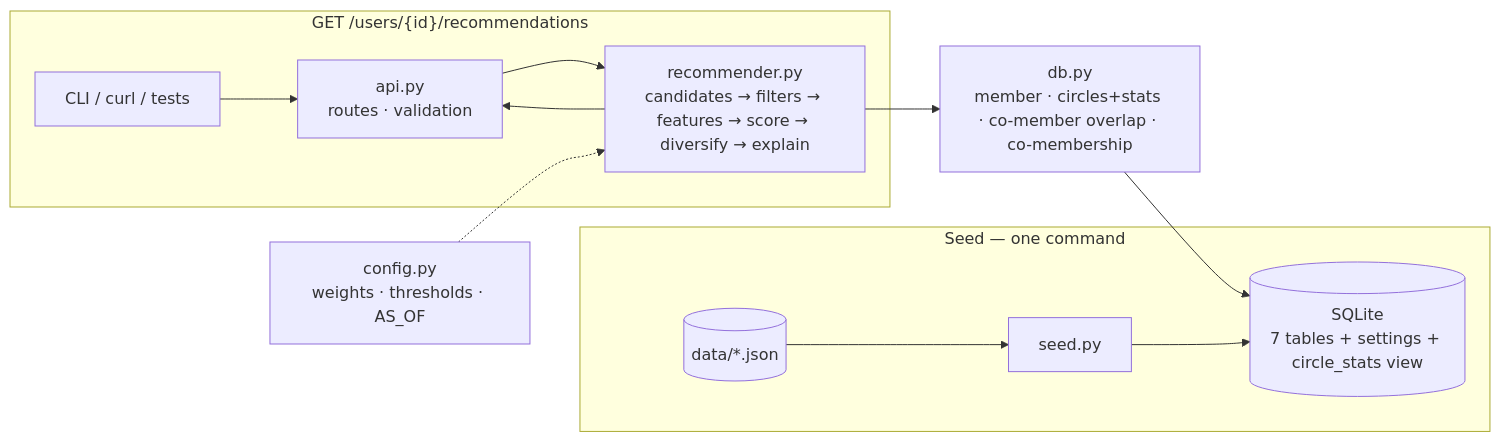
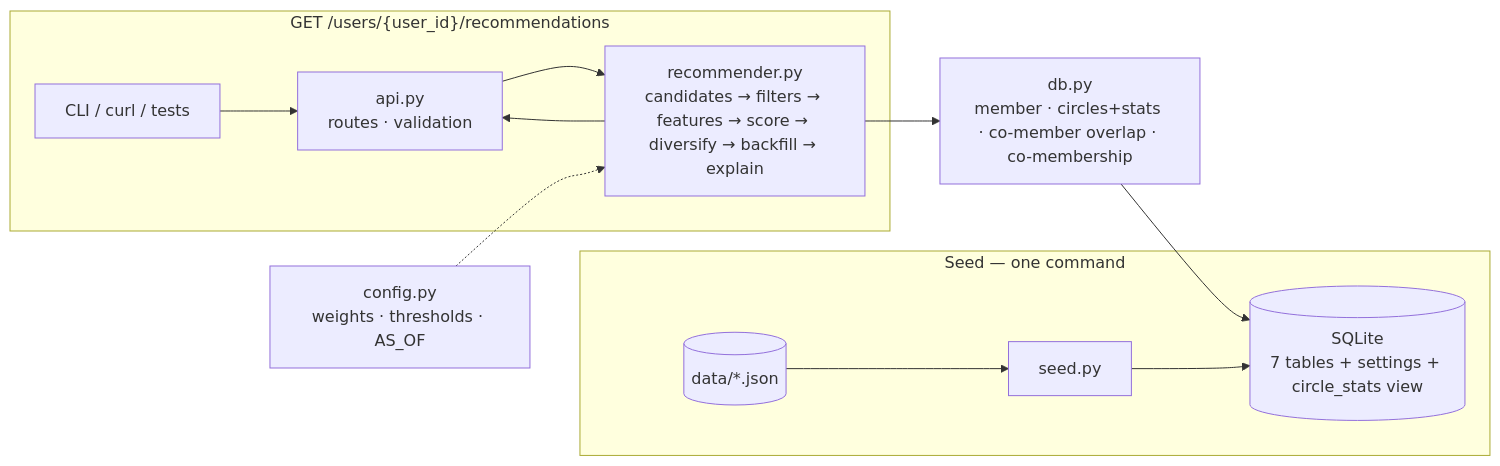
Before and after one commit to annetta-zheng/circle-recommendations: the first of 2 diagrams in docs/system-design.md, drawn with Mermaid. The commit also changed other lines of this file and 4 other files, not shown here.

````diff
--- a/docs/system-design.md
+++ b/docs/system-design.md
@@ -262,14 +262,14 @@
 ```mermaid
 flowchart LR
     subgraph seed["Seed — one command"]
         J[("data/*.json")] --> SEED["seed.py"] --> DB[("SQLite<br/>7 tables + settings + circle_stats view")]
     end
-    subgraph request["GET /users/{id}/recommendations"]
+    subgraph request["GET /users/{user_id}/recommendations"]
         CL["CLI / curl / tests"] --> API["api.py<br/>routes · validation"]
-        API --> SVC["recommender.py<br/>candidates → filters → features → score → diversify → explain"]
+        API --> SVC["recommender.py<br/>candidates → filters → features → score → diversify → backfill → explain"]
         SVC --> API
     end
     SVC --> REPO["db.py<br/>member · circles+stats · co-member overlap · co-membership"]
     REPO --> DB
     CFG["config.py<br/>weights · thresholds · AS_OF"] -.-> SVC
 ```
````
